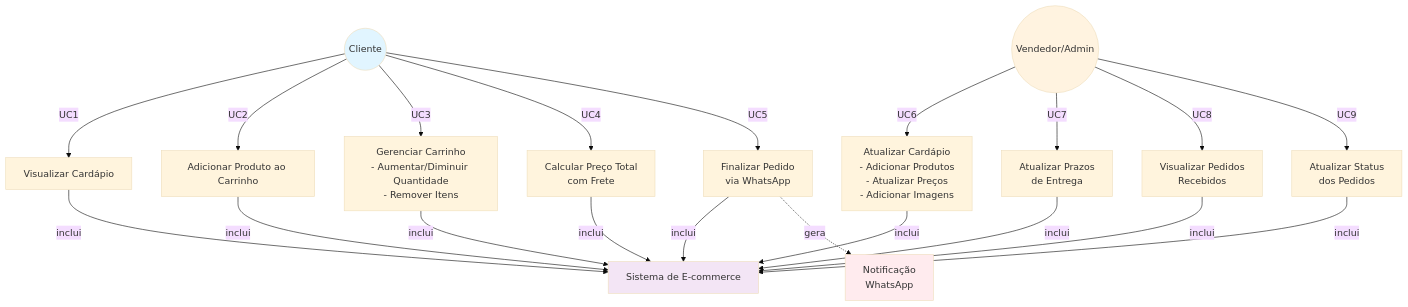
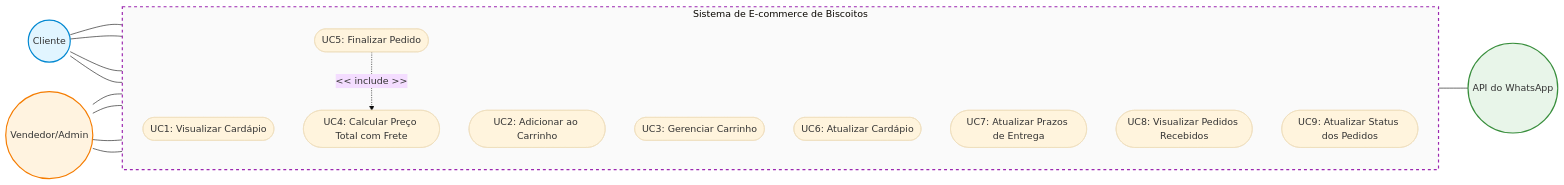
The second of 2 diagrams in DIAGRAMAS_UML.md (spwner/tp1-es), drawn with Mermaid (base theme) before and after one commit.

Commit message:
Melhorias nos Diagramas

````diff
--- a/DIAGRAMAS_UML.md
+++ b/DIAGRAMAS_UML.md
@@ -100,34 +100,48 @@
 ```mermaid
-graph TB
+flowchart LR
+    %% Atores Principais
     Cliente((Cliente))
     Vendedor((Vendedor/Admin))
-    Sistema[Sistema de E-commerce]
-    
-    Cliente -->|UC1| VisualizarCardapio["Visualizar Cardápio"]
-    Cliente -->|UC2| AdicionarCarrinho["Adicionar Produto ao Carrinho"]
-    Cliente -->|UC3| GerenciarCarrinho["Gerenciar Carrinho<br/>- Aumentar/Diminuir Quantidade<br/>- Remover Itens"]
-    Cliente -->|UC4| CalcularPreços["Calcular Preço Total<br/>com Frete"]
-    Cliente -->|UC5| FinalizarPedido["Finalizar Pedido<br/>via WhatsApp"]
-    
-    Vendedor -->|UC6| AtualizarCardapio["Atualizar Cardápio<br/>- Adicionar Produtos<br/>- Atualizar Preços<br/>- Adicionar Imagens"]
-    Vendedor -->|UC7| AtualizarPrazos["Atualizar Prazos<br/>de Entrega"]
-    Vendedor -->|UC8| VisualizarPedidos["Visualizar Pedidos<br/>Recebidos"]
-    Vendedor -->|UC9| AtualizarStatusPedido["Atualizar Status<br/>dos Pedidos"]
-    
-    VisualizarCardapio -->|inclui| Sistema
-    AdicionarCarrinho -->|inclui| Sistema
-    GerenciarCarrinho -->|inclui| Sistema
-    CalcularPreços -->|inclui| Sistema
-    FinalizarPedido -->|inclui| Sistema
-    AtualizarCardapio -->|inclui| Sistema
-    AtualizarPrazos -->|inclui| Sistema
-    VisualizarPedidos -->|inclui| Sistema
-    AtualizarStatusPedido -->|inclui| Sistema
-    
-    FinalizarPedido -.->|gera| NotificacaoWhatsApp["Notificação<br/>WhatsApp"]
-    
-    style Cliente fill:#e1f5ff
-    style Vendedor fill:#fff3e0
-    style Sistema fill:#f3e5f5
-    style NotificacaoWhatsApp fill:#ffebee
+
+    %% Ator Secundário (Sistemas Externos)
+    WhatsApp((API do WhatsApp))
+
+    %% Fronteira do Sistema
+    subgraph SistemaEcommerce [Sistema de E-commerce de Biscoitos]
+        direction TB
+        UC1([UC1: Visualizar Cardápio])
+        UC2([UC2: Adicionar ao Carrinho])
+        UC3([UC3: Gerenciar Carrinho])
+        UC4([UC4: Calcular Preço Total com Frete])
+        UC5([UC5: Finalizar Pedido])
+        
+        UC6([UC6: Atualizar Cardápio])
+        UC7([UC7: Atualizar Prazos de Entrega])
+        UC8([UC8: Visualizar Pedidos Recebidos])
+        UC9([UC9: Atualizar Status dos Pedidos])
+    end
+
+    %% Associações Primárias (Cliente)
+    Cliente --- UC1
+    Cliente --- UC2
+    Cliente --- UC3
+    Cliente --- UC5
+
+    %% Relacionamento de Inclusão (Include)
+    UC5 -.->|<< include >>| UC4
+
+    %% Associações Primárias (Vendedor)
+    Vendedor --- UC6
+    Vendedor --- UC7
+    Vendedor --- UC8
+    Vendedor --- UC9
+
+    %% Associações Secundárias (Sistemas Externos)
+    UC5 --- WhatsApp
+
+    %% Estilização para facilitar a leitura
+    style Cliente fill:#e1f5ff,stroke:#0288d1,stroke-width:2px
+    style Vendedor fill:#fff3e0,stroke:#f57c00,stroke-width:2px
+    style WhatsApp fill:#e8f5e9,stroke:#388e3c,stroke-width:2px
+    style SistemaEcommerce fill:#fafafa,stroke:#9c27b0,stroke-width:2px,stroke-dasharray: 5 5
 ```
````
